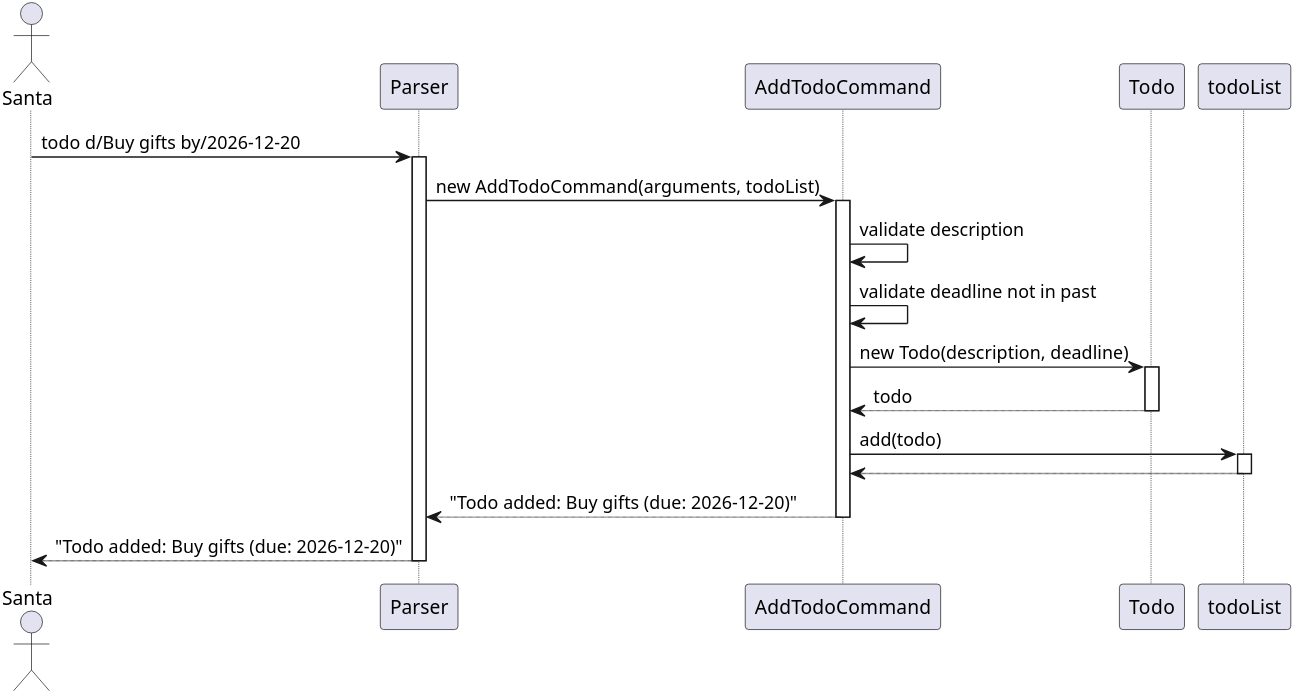
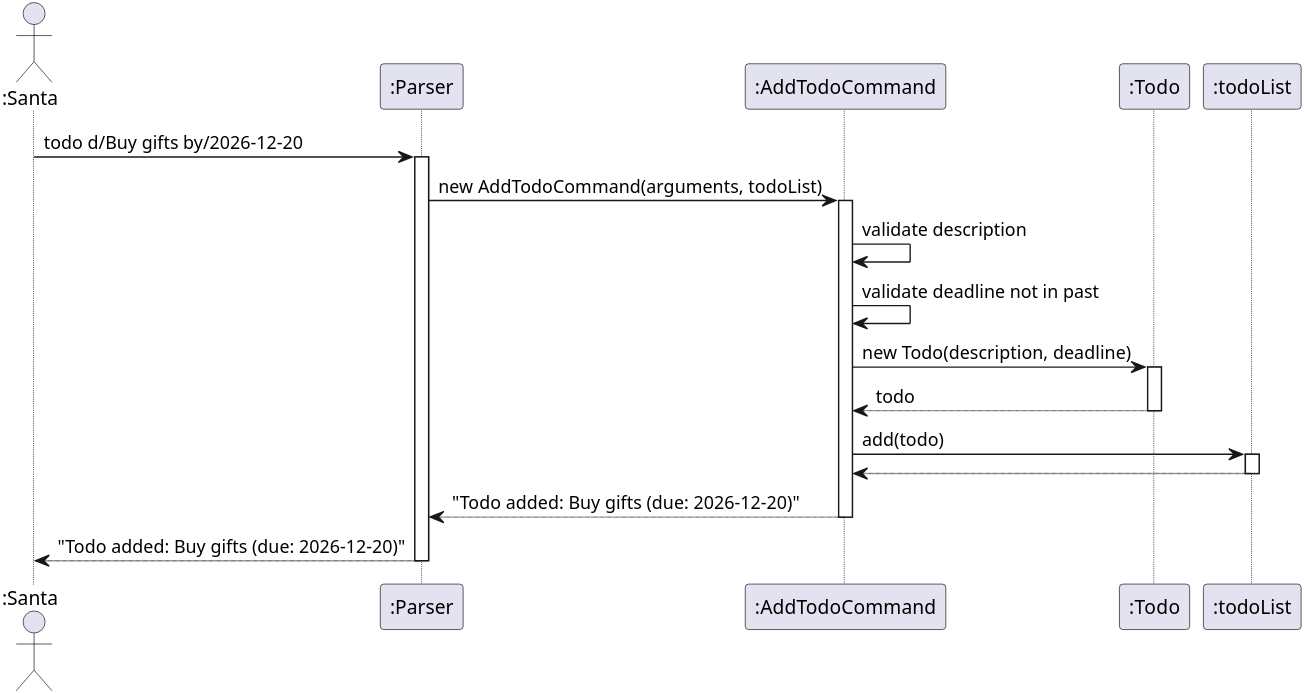
The diagram in docs/diagrams/TodoSequenceDiagram.puml (shrabasti-c/tp), drawn with PlantUML before and after one commit. The commit also changed 9 other files, not shown here.

Commit message:
Fix DG diagrams

```diff
--- a/docs/diagrams/TodoSequenceDiagram.puml
+++ b/docs/diagrams/TodoSequenceDiagram.puml
@@ -1,28 +1,34 @@
 @startuml
 skinparam dpi 600
-Actor Santa
+
+actor ":Santa" as Santa
+participant ":Parser" as Parser
+participant ":AddTodoCommand" as AddTodoCommand
+participant ":Todo" as Todo
+participant ":todoList" as todoList
+
 Santa -> Parser : todo d/Buy gifts by/2026-12-20
 activate Parser
 
 Parser -> AddTodoCommand : new AddTodoCommand(arguments, todoList)
 activate AddTodoCommand
 
 AddTodoCommand -> AddTodoCommand : validate description
 AddTodoCommand -> AddTodoCommand : validate deadline not in past
 
 AddTodoCommand -> Todo : new Todo(description, deadline)
 activate Todo
 Todo --> AddTodoCommand : todo
 deactivate Todo
 
 AddTodoCommand -> todoList : add(todo)
 activate todoList
 todoList --> AddTodoCommand
 deactivate todoList
 
 AddTodoCommand --> Parser : "Todo added: Buy gifts (due: 2026-12-20)"
 deactivate AddTodoCommand
 
 Parser --> Santa : "Todo added: Buy gifts (due: 2026-12-20)"
 deactivate Parser
 @enduml
```
